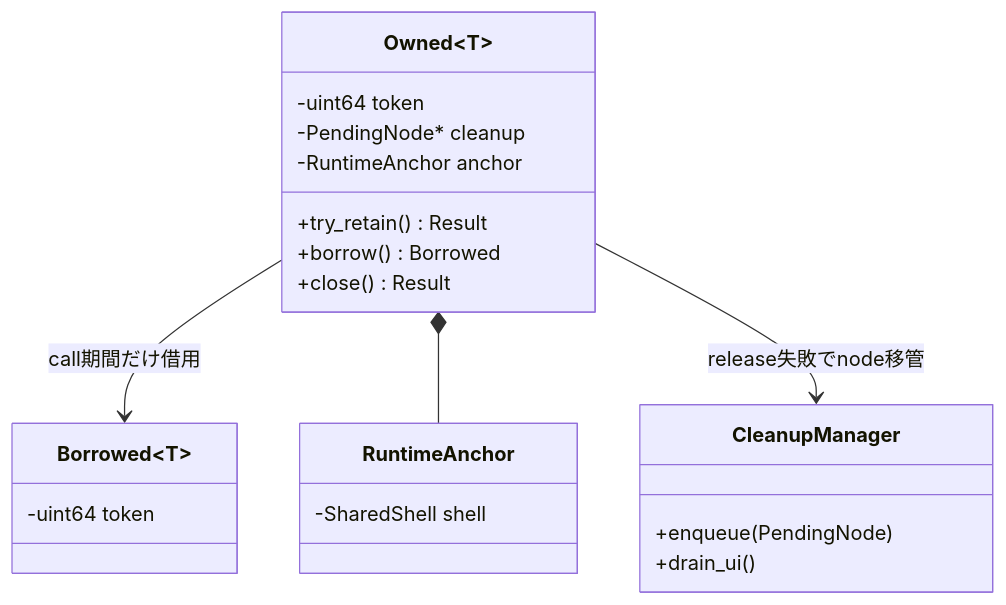
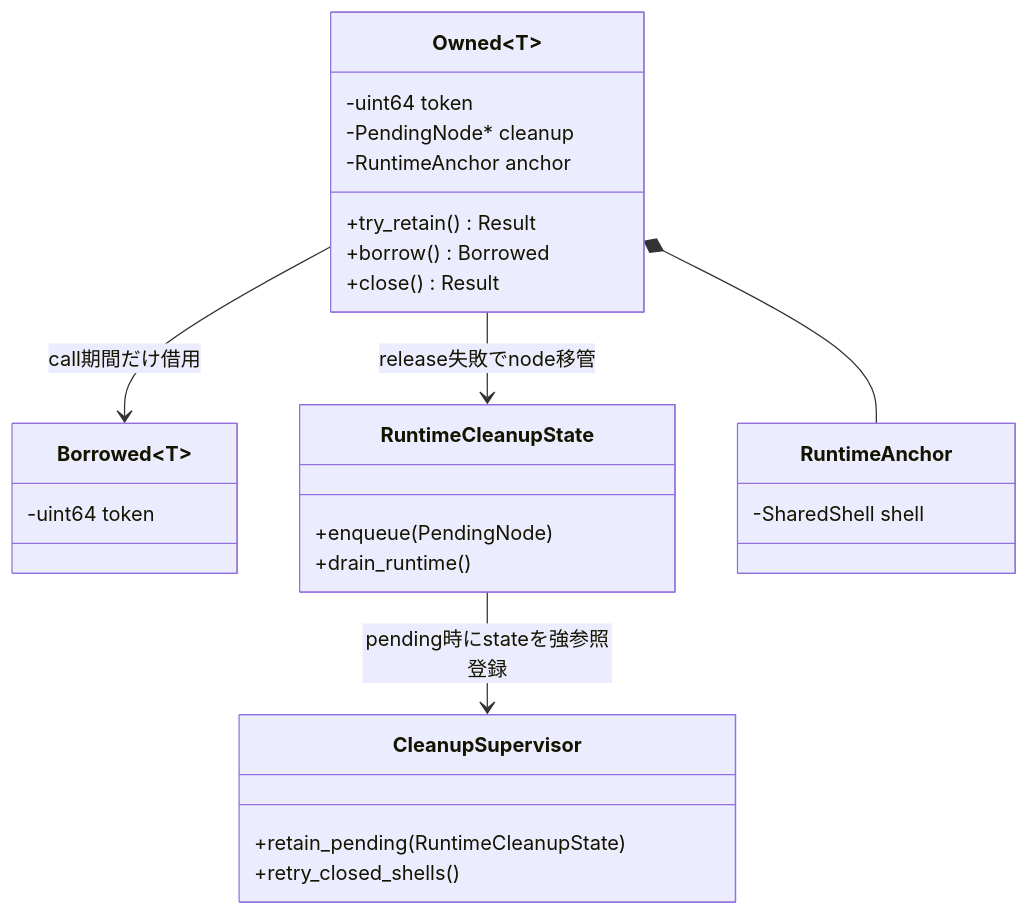
Before and after one commit to edamame-edame/freemvvm: the third of 6 diagrams in .docs/13_detail_design/wrappers/cpp.md, drawn with Mermaid. The commit also changed other lines of this file, not shown here.

Commit message:
docs(cpp): approve runtime wrapper design v1.2

````diff
--- a/.docs/13_detail_design/wrappers/cpp.md
+++ b/.docs/13_detail_design/wrappers/cpp.md
@@ -215,24 +215,29 @@
 ```mermaid
 classDiagram
     class Owned~T~ {
         -uint64 token
         -PendingNode* cleanup
         -RuntimeAnchor anchor
         +try_retain() Result
         +borrow() Borrowed
         +close() Result
     }
     class Borrowed~T~ {
         -uint64 token
     }
-    class CleanupManager {
+    class RuntimeCleanupState {
         +enqueue(PendingNode)
-        +drain_ui()
+        +drain_runtime()
+    }
+    class CleanupSupervisor {
+        +retain_pending(RuntimeCleanupState)
+        +retry_closed_shells()
     }
     class RuntimeAnchor {
         -SharedShell shell
     }
     Owned --> Borrowed : call期間だけ借用
     Owned *-- RuntimeAnchor
-    Owned --> CleanupManager : release失敗でnode移管
+    Owned --> RuntimeCleanupState : release失敗でnode移管
+    RuntimeCleanupState --> CleanupSupervisor : pending時にstateを強参照登録
 ```
````
